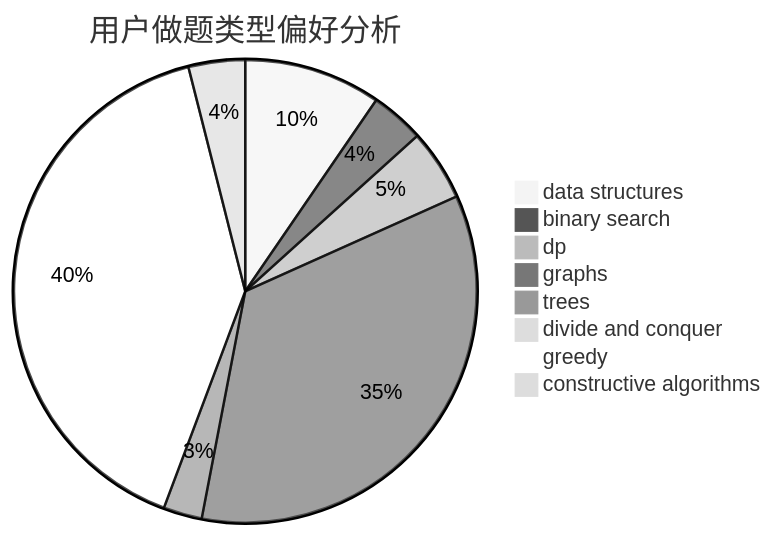
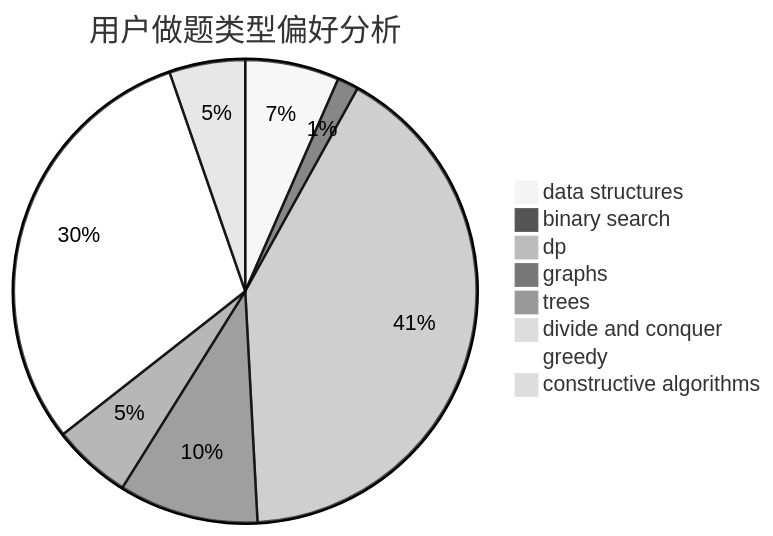
One commit to sherpahu/cfrs.github.io changed the second of 3 diagrams in docs/user/u1943.md. Above: the diagram before and after it, drawn with Mermaid (neutral theme). The commit also changed other lines of this file and 2770 other files, not shown here.

````diff
--- a/docs/user/u1943.md
+++ b/docs/user/u1943.md
@@ -23,11 +23,11 @@
 ```mermaid
 pie title 用户做题类型偏好分析
-    "data structures" :  46
-    "binary search" :  18
-    "dp" :  24
-    "graphs" :  167
-    "trees" :  13
-    "divide and conquer" :  0
-    "greedy" :  194
-    "constructive algorithms" :  19
+    "data structures" :  31
+    "binary search" :  7
+    "dp" :  194
+    "graphs" :  46
+    "trees" :  26
+    "divide and conquer" :  2
+    "greedy" :  143
+    "constructive algorithms" :  25
 ```
````
